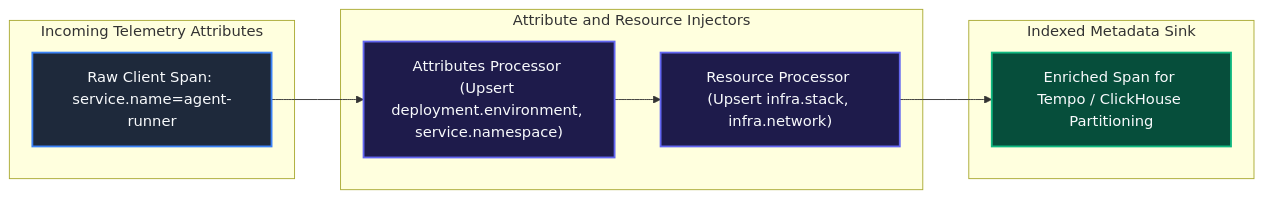
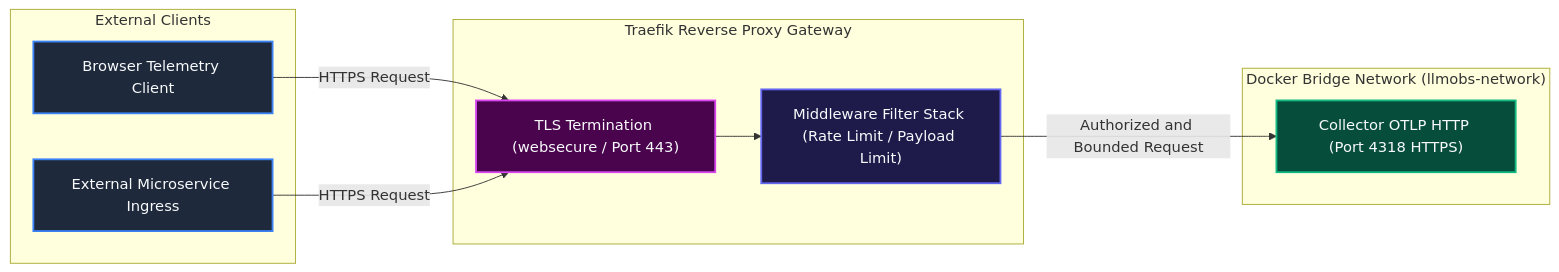
Diagram 15 of 22 in docs/configDoc/otel-collector-configuration-guide.md (Chief-Strategist-J/llm-obs-infra), drawn with Mermaid before and after one commit. The commit also changed other lines of this file, not shown here.

First line of the commit message:
docs(otel-collector): complete all 40 parameters and add HLD/LLD designs across every section

````diff
--- a/docs/configDoc/otel-collector-configuration-guide.md
+++ b/docs/configDoc/otel-collector-configuration-guide.md
@@ -960,24 +1417,28 @@
 ```mermaid
 graph LR
-    subgraph RawSpanAttributes ["Incoming Telemetry Attributes"]
-        ClientSpan["Raw Client Span: service.name=agent-runner"]
+    subgraph ExternalClients ["External Clients"]
+        WebUser["Browser Telemetry Client"]
+        ExtAPI["External Microservice Ingress"]
     end
 
-    subgraph EnrichmentProcessors ["Attribute and Resource Injectors"]
-        AttrProcessor["Attributes Processor (Upsert deployment.environment, service.namespace)"]
-        ResProcessor["Resource Processor (Upsert infra.stack, infra.network)"]
+    subgraph EdgeProxy ["Traefik Reverse Proxy Gateway"]
+        TLSHandler["TLS Termination (websecure / Port 443)"]
+        MiddlewareStack["Middleware Filter Stack (Rate Limit / Payload Limit)"]
     end
 
-    subgraph EnrichedSpanAttributes ["Indexed Metadata Sink"]
-        FullSpan["Enriched Span for Tempo / ClickHouse Partitioning"]
+    subgraph InternalServices ["Docker Bridge Network (llmobs-network)"]
+        OTelHTTP["Collector OTLP HTTP (Port 4318 HTTPS)"]
     end
 
-    ClientSpan --> AttrProcessor
-    AttrProcessor --> ResProcessor
-    ResProcessor --> FullSpan
+    WebUser -->|HTTPS Request| TLSHandler
+    ExtAPI -->|HTTPS Request| TLSHandler
 
-    style ClientSpan fill:#1e293b,stroke:#3b82f6,stroke-width:2px,color:#f8fafc
-    style AttrProcessor fill:#1e1b4b,stroke:#6366f1,stroke-width:2px,color:#f8fafc
-    style ResProcessor fill:#1e1b4b,stroke:#6366f1,stroke-width:2px,color:#f8fafc
-    style FullSpan fill:#064e3b,stroke:#10b981,stroke-width:2px,color:#f8fafc
+    TLSHandler --> MiddlewareStack
+    MiddlewareStack -->|Authorized and Bounded Request| OTelHTTP
+
+    style WebUser fill:#1e293b,stroke:#3b82f6,stroke-width:2px,color:#f8fafc
+    style ExtAPI fill:#1e293b,stroke:#3b82f6,stroke-width:2px,color:#f8fafc
+    style TLSHandler fill:#4a044e,stroke:#d946ef,stroke-width:2px,color:#f8fafc
+    style MiddlewareStack fill:#1e1b4b,stroke:#6366f1,stroke-width:2px,color:#f8fafc
+    style OTelHTTP fill:#064e3b,stroke:#10b981,stroke-width:2px,color:#f8fafc
 ```
````
